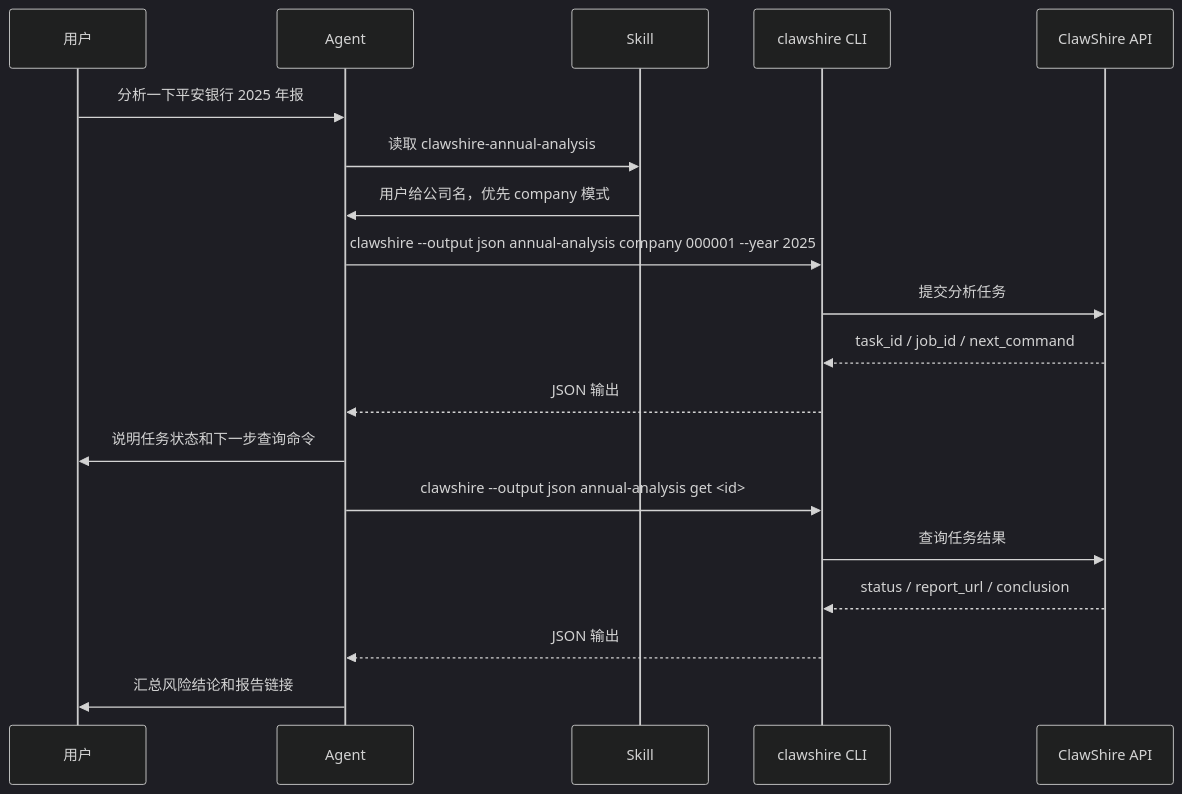
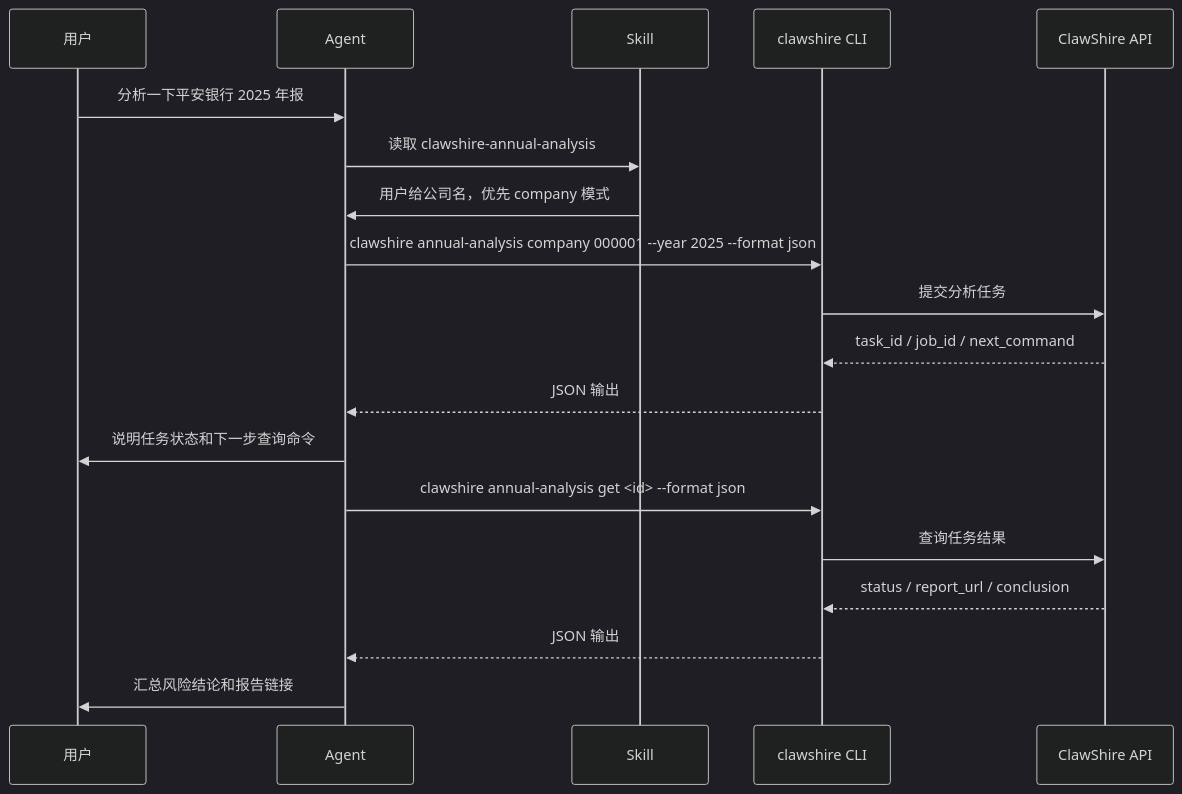
The seventh of 11 diagrams in docs/api-cli-skills-agent.md (memect/clawshire-cli), drawn with Mermaid (dark theme) before and after one commit. The commit also changed other lines of this file and 29 other files, not shown here.

````diff
--- a/docs/api-cli-skills-agent.md
+++ b/docs/api-cli-skills-agent.md
@@ -220,22 +220,22 @@
 ```mermaid
 sequenceDiagram
     participant U as 用户
     participant A as Agent
     participant S as Skill
     participant C as clawshire CLI
     participant P as ClawShire API
 
     U->>A: 分析一下平安银行 2025 年报
     A->>S: 读取 clawshire-annual-analysis
     S->>A: 用户给公司名，优先 company 模式
-    A->>C: clawshire --output json annual-analysis company 000001 --year 2025
+    A->>C: clawshire annual-analysis company 000001 --year 2025 --format json
     C->>P: 提交分析任务
     P-->>C: task_id / job_id / next_command
     C-->>A: JSON 输出
     A->>U: 说明任务状态和下一步查询命令
-    A->>C: clawshire --output json annual-analysis get <id>
+    A->>C: clawshire annual-analysis get <id> --format json
     C->>P: 查询任务结果
     P-->>C: status / report_url / conclusion
     C-->>A: JSON 输出
     A->>U: 汇总风险结论和报告链接
 ```
````
